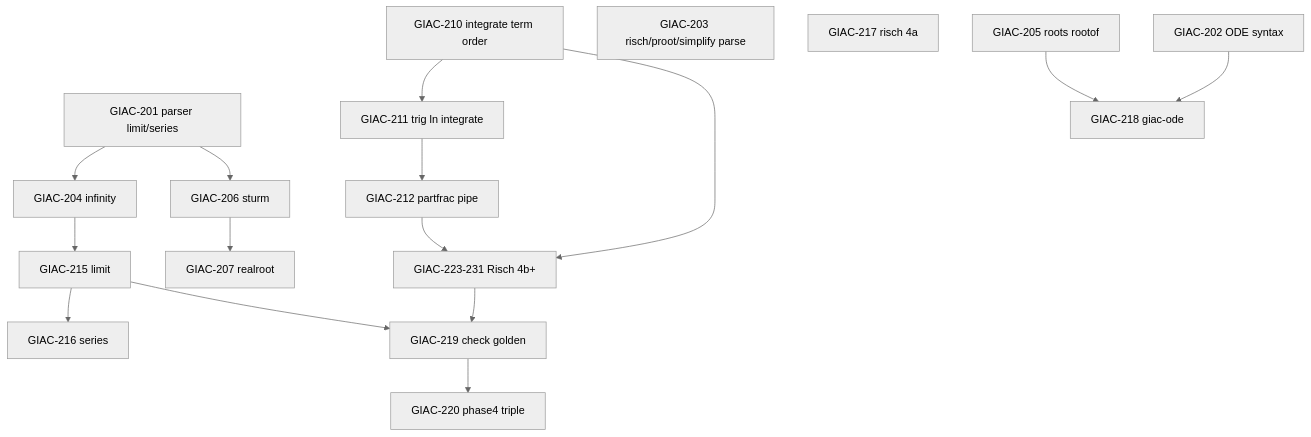
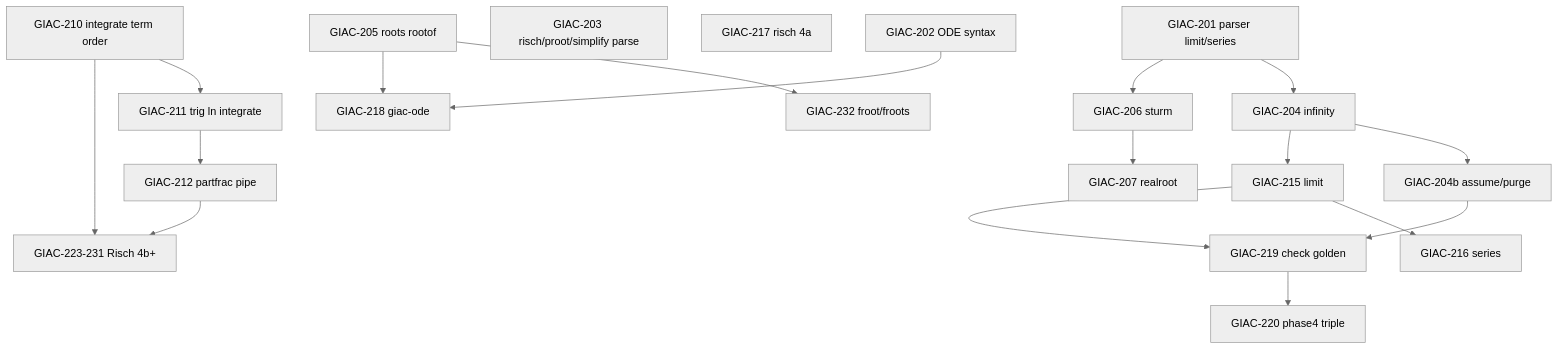
The second of 2 diagrams in .doc/phase4-issues.md (hiplayer/giac), drawn with Mermaid (neutral theme) before and after one commit. The commit also changed other lines of this file, not shown here.

First line of the commit message:
doc(phase4): point upstream at giac-2.0.0 and add GIAC-204b/232

````diff
--- a/.doc/phase4-issues.md
+++ b/.doc/phase4-issues.md
@@ -780,35 +919,39 @@
 ```mermaid
 flowchart TD
     G201[GIAC-201 parser limit/series]
     G202[GIAC-202 ODE syntax]
     G203[GIAC-203 risch/proot/simplify parse]
     G217[GIAC-217 risch 4a]
     G223[GIAC-223-231 Risch 4b+]
     G204[GIAC-204 infinity]
+    G204b[GIAC-204b assume/purge]
+    G232[GIAC-232 froot/froots]
     G205[GIAC-205 roots rootof]
     G206[GIAC-206 sturm]
     G207[GIAC-207 realroot]
     G210[GIAC-210 integrate term order]
     G211[GIAC-211 trig ln integrate]
     G212[GIAC-212 partfrac pipe]
     G215[GIAC-215 limit]
     G216[GIAC-216 series]
     G218[GIAC-218 giac-ode]
     G219[GIAC-219 check golden]
     G220[GIAC-220 phase4 triple]
 
     G201 --> G204
+    G204 --> G204b
+    G205 --> G232
     G201 --> G206
     G206 --> G207
     G205 --> G218
     G202 --> G218
     G210 --> G211
     G211 --> G212
     G204 --> G215
     G215 --> G216
     G210 --> G223
     G212 --> G223
-    G223 --> G219
+    G204b --> G219
     G215 --> G219
     G219 --> G220
 ```
````
